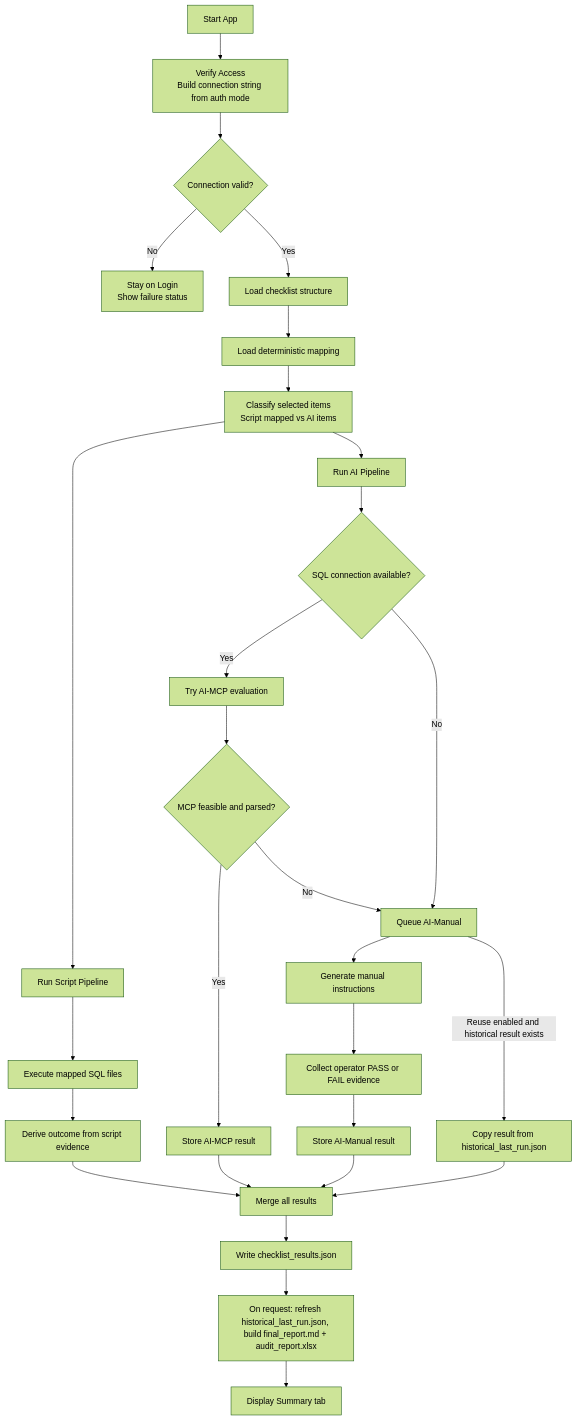
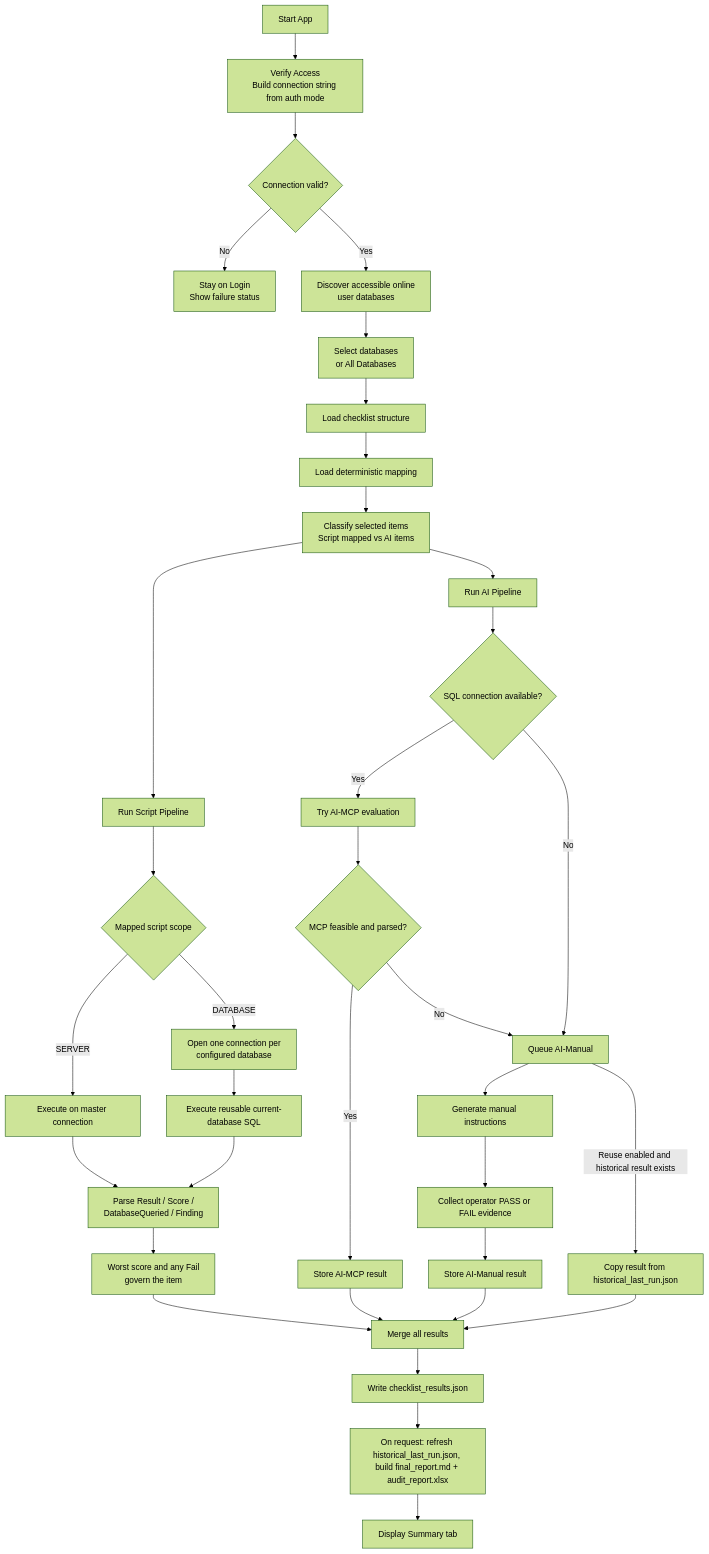
The second of 2 diagrams in ARCHITECTURE.md (AkashReddy-3084/SQL-Auditing-tool), drawn with Mermaid (forest theme) before and after one commit. The commit also changed other lines of this file and 11 other files, not shown here.

````diff
--- a/ARCHITECTURE.md
+++ b/ARCHITECTURE.md
@@ -77,37 +78,44 @@
 ```mermaid
 graph TD
   A["Start App"] --> B["Verify Access<br/>Build connection string from auth mode"]
   B --> C{"Connection valid?"}
   C -- "No" --> C1["Stay on Login<br/>Show failure status"]
-  C -- "Yes" --> D["Load checklist structure"]
+  C -- "Yes" --> C2["Discover accessible online<br/>user databases"]
+  C2 --> C3["Select databases<br/>or All Databases"]
+  C3 --> D["Load checklist structure"]
   D --> E["Load deterministic mapping"]
   E --> F["Classify selected items<br/>Script mapped vs AI items"]
 
   F --> G["Run Script Pipeline"]
   F --> H["Run AI Pipeline"]
 
-  G --> G1["Execute mapped SQL files"]
-  G1 --> G2["Derive outcome from script evidence"]
+  G --> G1{"Mapped script scope"}
+  G1 -- "SERVER" --> G2["Execute on master connection"]
+  G1 -- "DATABASE" --> G3["Open one connection per<br/>configured database"]
+  G3 --> G4["Execute reusable current-database SQL"]
+  G2 --> G5["Parse Result / Score /<br/>DatabaseQueried / Finding"]
+  G4 --> G5
+  G5 --> G6["Worst score and any Fail<br/>govern the item"]
 
   H --> H1{"SQL connection available?"}
   H1 -- "Yes" --> H2["Try AI-MCP evaluation"]
   H2 --> H3{"MCP feasible and parsed?"}
   H3 -- "Yes" --> H4["Store AI-MCP result"]
   H3 -- "No" --> H5["Queue AI-Manual"]
   H1 -- "No" --> H5
 
   H5 --> H6["Generate manual instructions"]
   H6 --> H7["Collect operator PASS or FAIL evidence"]
   H7 --> H8["Store AI-Manual result"]
 
   H5 -- "Reuse enabled and historical result exists" --> H9["Copy result from historical_last_run.json"]
 
-  G2 --> I["Merge all results"]
+  G6 --> I["Merge all results"]
   H4 --> I
   H8 --> I
   H9 --> I
 
   I --> J["Write checklist_results.json"]
   J --> K["On request: refresh historical_last_run.json, build final_report.md + audit_report.xlsx"]
   K --> L["Display Summary tab"]
 ```
````
